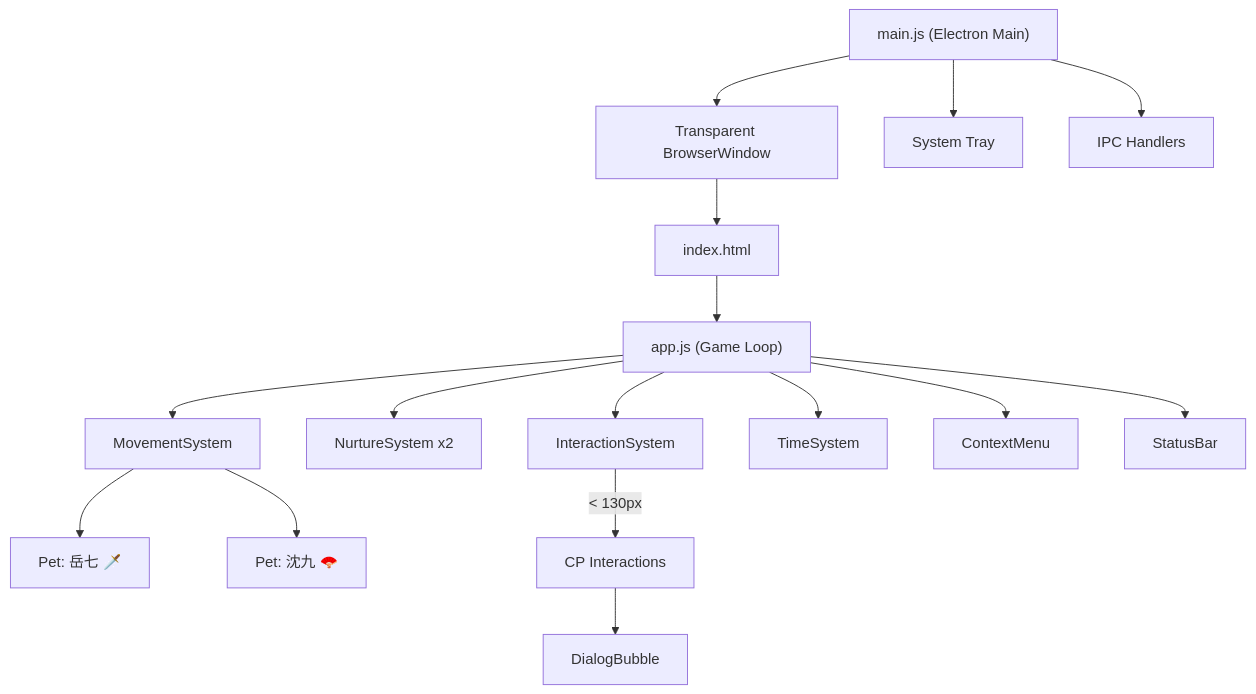
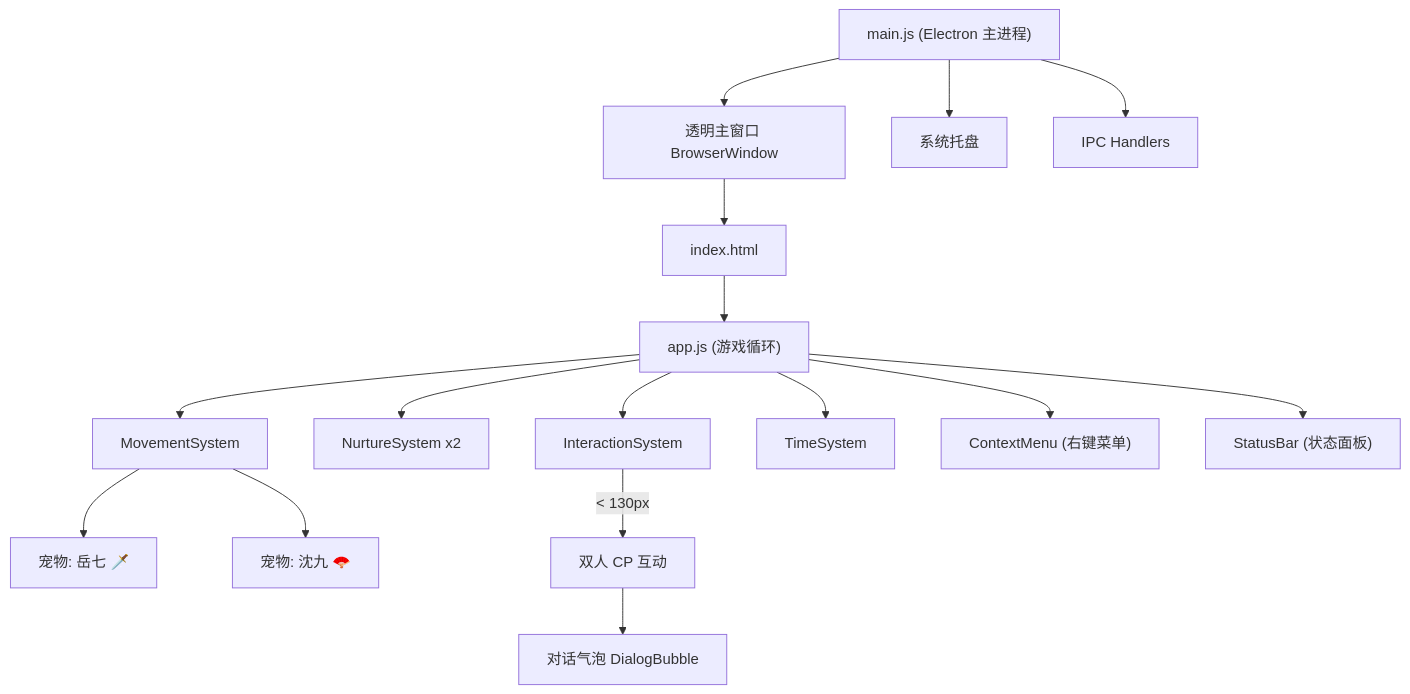
Before and after one commit to HuihuiDreams/qijiu-desktop-pet: the diagram in docs/archive/walkthrough.md, drawn with Mermaid. The commit also changed other lines of this file and 4 other files, not shown here.

````diff
--- a/docs/archive/walkthrough.md
+++ b/docs/archive/walkthrough.md
@@ -22,23 +22,23 @@
 ```mermaid
 graph TB
-    Main["main.js (Electron Main)"] --> Window["Transparent BrowserWindow"]
-    Main --> Tray["System Tray"]
+    Main["main.js (Electron 主进程)"] --> Window["透明主窗口 BrowserWindow"]
+    Main --> Tray["系统托盘"]
     Main --> IPC["IPC Handlers"]
     
     Window --> HTML["index.html"]
-    HTML --> App["app.js (Game Loop)"]
+    HTML --> App["app.js (游戏循环)"]
     
     App --> Move["MovementSystem"]
     App --> Nurture["NurtureSystem x2"]
     App --> Interact["InteractionSystem"]
     App --> Time["TimeSystem"]
     
-    Move --> YQ["Pet: 岳七 🗡️"]
-    Move --> SJ["Pet: 沈九 🪭"]
+    Move --> YQ["宠物: 岳七 🗡️"]
+    Move --> SJ["宠物: 沈九 🪭"]
     
-    Interact -->|"< 130px"| Events["CP Interactions"]
-    Events --> Bubble["DialogBubble"]
+    Interact -->|"< 130px"| Events["双人 CP 互动"]
+    Events --> Bubble["对话气泡 DialogBubble"]
     
-    App --> Menu["ContextMenu"]
-    App --> Status["StatusBar"]
+    App --> Menu["ContextMenu (右键菜单)"]
+    App --> Status["StatusBar (状态面板)"]
 ```
````
